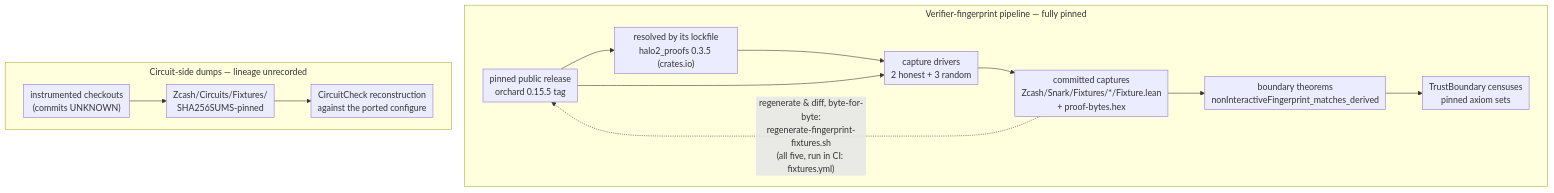
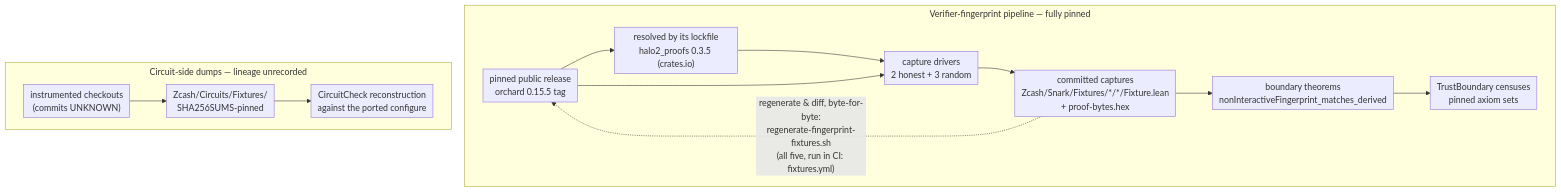
Before and after one commit to daira/ironwood: the diagram in book/src/formal-verification/trust-boundary.md, drawn with Mermaid. The commit also changed other lines of this file and 115 other files, not shown here.

````diff
--- a/book/src/formal-verification/trust-boundary.md
+++ b/book/src/formal-verification/trust-boundary.md
@@ -152,22 +152,22 @@
 ```mermaid
 %%{init: {"flowchart": {"nodeSpacing": 24, "rankSpacing": 42, "padding": 6, "diagramPadding": 4, "subGraphTitleMargin": {"top": 4, "bottom": 14}}, "themeCSS": ".cluster-label { font-weight: 700; font-family: raleway, sans-serif; }"}}%%
 flowchart TD
   subgraph FP["Verifier-fingerprint pipeline — fully pinned"]
     PINS["pinned public release<br/>orchard 0.15.5 tag"]
     CRATE["resolved by its lockfile<br/>halo2_proofs 0.3.5 (crates.io)"]
     DRIVERS["capture drivers<br/>2 honest + 3 random"]
-    FIX["committed captures<br/>Zcash/Snark/Fixtures/*/Fixture.lean<br/>+ proof-bytes.hex"]
+    FIX["committed captures<br/>Zcash/Snark/Fixtures/*/*/Fixture.lean<br/>+ proof-bytes.hex"]
     THM["boundary theorems<br/>nonInteractiveFingerprint_matches_derived"]
     CENSUS["TrustBoundary censuses<br/>pinned axiom sets"]
     PINS --> CRATE --> DRIVERS
     PINS --> DRIVERS
     DRIVERS --> FIX --> THM --> CENSUS
     FIX -. "regenerate &amp; diff, byte-for-byte:<br/>regenerate-fingerprint-fixtures.sh<br/>(all five, run in CI: fixtures.yml)" .-> PINS
   end
   subgraph CS["Circuit-side dumps — lineage unrecorded"]
     INST["instrumented checkouts<br/>(commits UNKNOWN)"]
     DUMPS["Zcash/Circuits/Fixtures/<br/>SHA256SUMS-pinned"]
     CHECK["CircuitCheck reconstruction<br/>against the ported configure"]
     INST --> DUMPS --> CHECK
   end
 ```
````
